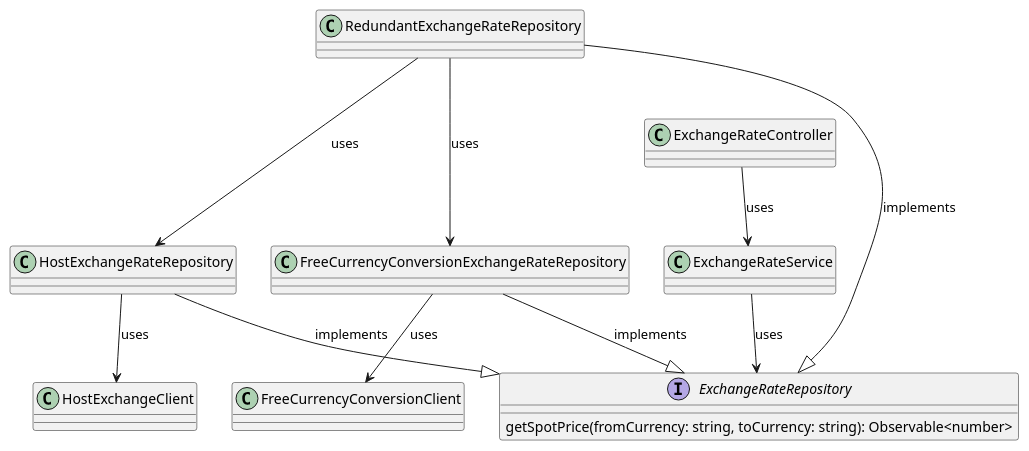
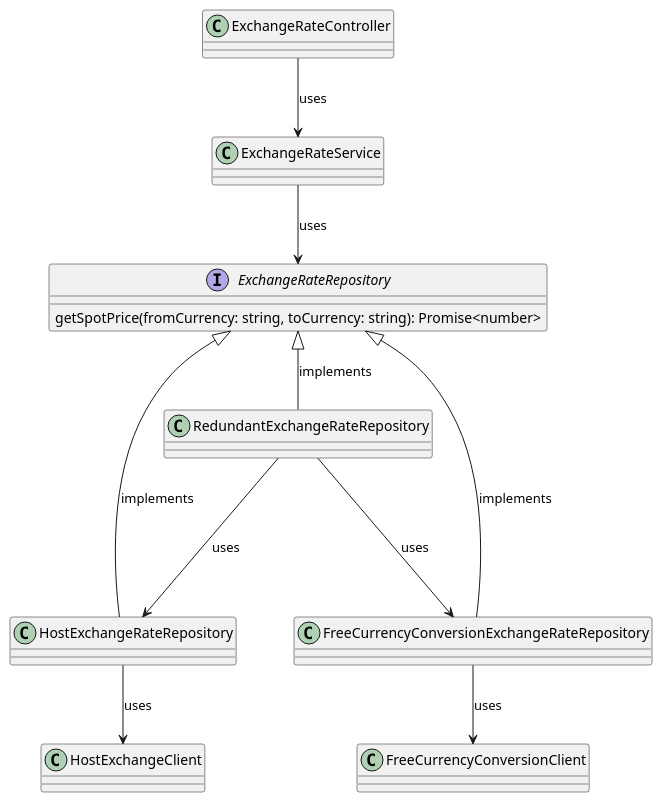
One commit to tech-leads-club/nestjs-dependency-inversion changed the diagram in resource/integration-redundancy.puml. Above: the diagram before and after it, drawn with PlantUML. The commit also changed 4 other files, not shown here.

Commit message:
Improve readability of diagrams

```diff
--- a/resource/integration-redundancy.puml
+++ b/resource/integration-redundancy.puml
@@ -1,20 +1,21 @@
 @startuml
 
 interface ExchangeRateRepository {
-  getSpotPrice(fromCurrency: string, toCurrency: string): Observable<number>
+  getSpotPrice(fromCurrency: string, toCurrency: string): Promise<number>
 }
 
 ExchangeRateController --> ExchangeRateService: uses
 ExchangeRateService --> ExchangeRateRepository: uses
 
-HostExchangeRateRepository -|> ExchangeRateRepository: implements
+
+ExchangeRateRepository <|-- HostExchangeRateRepository: implements
 HostExchangeRateRepository --> HostExchangeClient: uses
 
-FreeCurrencyConversionExchangeRateRepository --|> ExchangeRateRepository: implements
+ExchangeRateRepository <|-- FreeCurrencyConversionExchangeRateRepository: implements
 FreeCurrencyConversionExchangeRateRepository --> FreeCurrencyConversionClient: uses
 
-RedundantExchangeRateRepository ---|> ExchangeRateRepository: implements
+ExchangeRateRepository <|-- RedundantExchangeRateRepository: implements
 RedundantExchangeRateRepository ---> HostExchangeRateRepository: uses
 RedundantExchangeRateRepository ---> FreeCurrencyConversionExchangeRateRepository: uses
 
 @enduml
```
